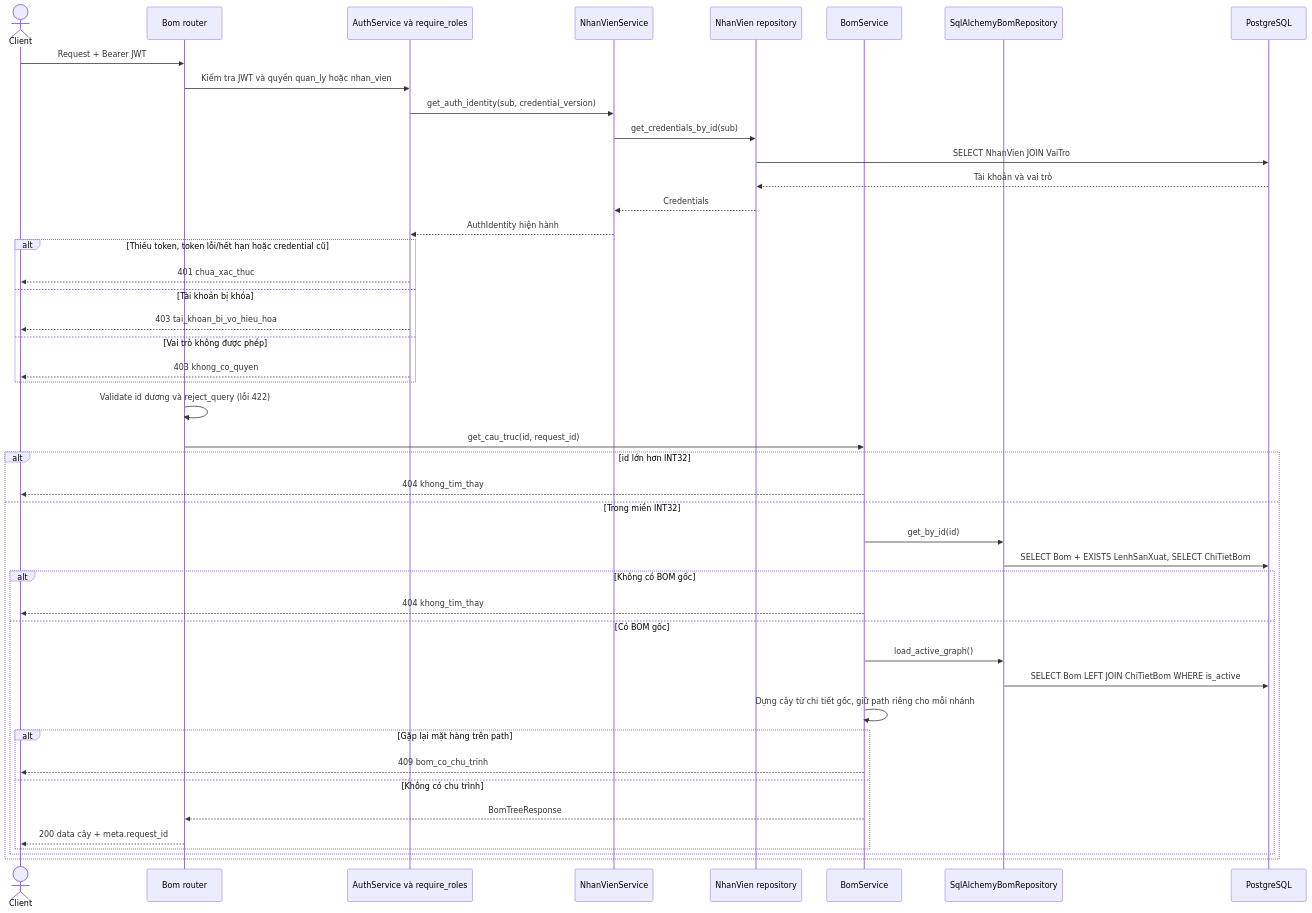
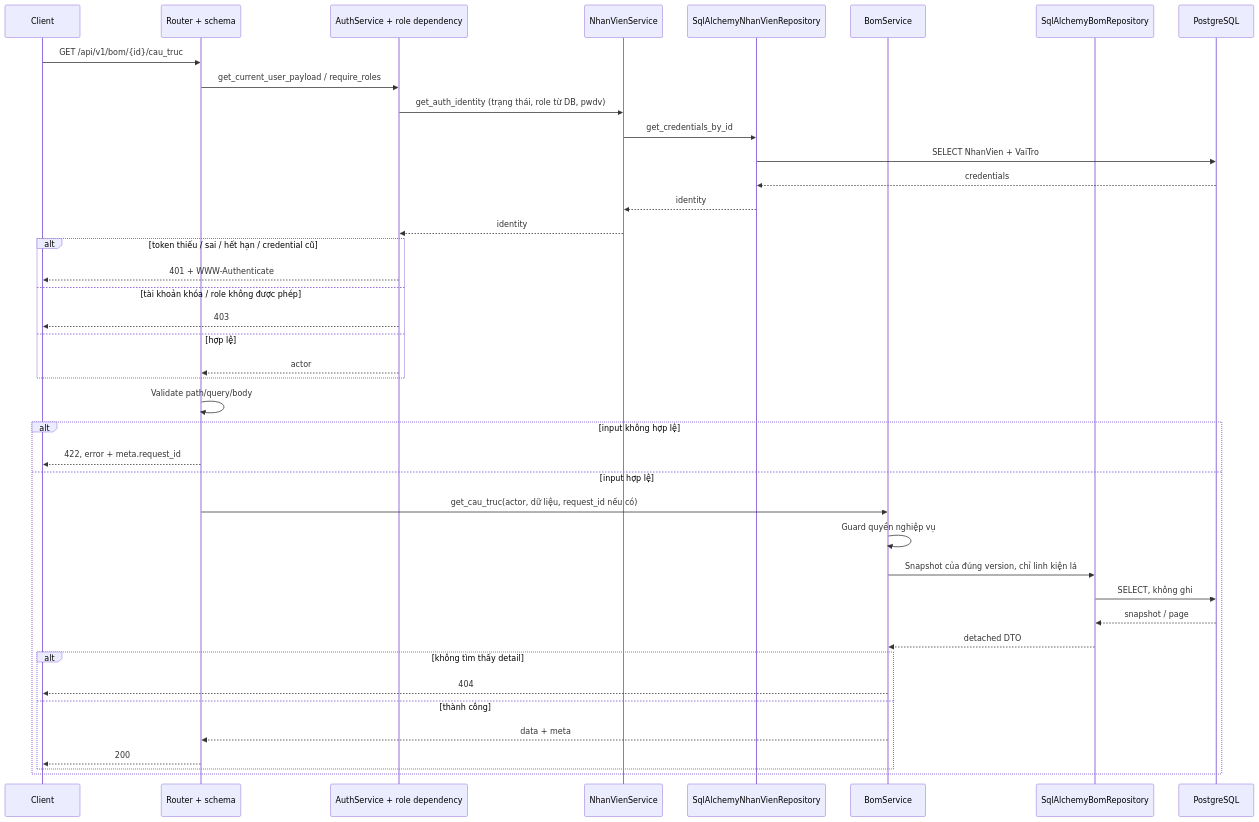
Before and after one commit to thanhklt/xbike-mrp-system: the third of 6 diagrams in docs/sequence/bom.md, drawn with Mermaid. The commit also changed other lines of this file and 41 other files, not shown here.

Commit message:
feat(bom)!: implement UC-15 to UC-19 for data model v4

````diff
--- a/docs/sequence/bom.md
+++ b/docs/sequence/bom.md
@@ -110,47 +111,43 @@
 ```mermaid
 sequenceDiagram
-    actor C as Client
-    participant R as Bom router
-    participant A as AuthService và require_roles
+    participant C as Client
+    participant R as Router + schema
+    participant A as AuthService + role dependency
     participant N as NhanVienService
-    participant NR as NhanVien repository
+    participant NR as SqlAlchemyNhanVienRepository
     participant S as BomService
     participant B as SqlAlchemyBomRepository
-    participant P as PostgreSQL
-    C->>R: Request + Bearer JWT
-    R->>A: Kiểm tra JWT và quyền quan_ly hoặc nhan_vien
-    A->>N: get_auth_identity(sub, credential_version)
-    N->>NR: get_credentials_by_id(sub)
-    NR->>P: SELECT NhanVien JOIN VaiTro
-    P-->>NR: Tài khoản và vai trò
-    NR-->>N: Credentials
-    N-->>A: AuthIdentity hiện hành
-    alt Thiếu token, token lỗi/hết hạn hoặc credential cũ
-        A-->>C: 401 chua_xac_thuc
-    else Tài khoản bị khóa
-        A-->>C: 403 tai_khoan_bi_vo_hieu_hoa
-    else Vai trò không được phép
-        A-->>C: 403 khong_co_quyen
+    participant DB as PostgreSQL
+    C->>R: GET /api/v1/bom/{id}/cau_truc
+    R->>A: get_current_user_payload / require_roles
+    A->>N: get_auth_identity (trạng thái, role từ DB, pwdv)
+    N->>NR: get_credentials_by_id
+    NR->>DB: SELECT NhanVien + VaiTro
+    DB-->>NR: credentials
+    NR-->>N: identity
+    N-->>A: identity
+    alt token thiếu / sai / hết hạn / credential cũ
+        A-->>C: 401 + WWW-Authenticate
+    else tài khoản khóa / role không được phép
+        A-->>C: 403
+    else hợp lệ
+        A-->>R: actor
     end
-    R->>R: Validate id dương và reject_query (lỗi 422)
-    R->>S: get_cau_truc(id, request_id)
-    alt id lớn hơn INT32
-        S-->>C: 404 khong_tim_thay
-    else Trong miền INT32
-        S->>B: get_by_id(id)
-        B->>P: SELECT Bom + EXISTS LenhSanXuat, SELECT ChiTietBom
-        alt Không có BOM gốc
-            S-->>C: 404 khong_tim_thay
-        else Có BOM gốc
-            S->>B: load_active_graph()
-            B->>P: SELECT Bom LEFT JOIN ChiTietBom WHERE is_active
-            S->>S: Dựng cây từ chi tiết gốc, giữ path riêng cho mỗi nhánh
-            alt Gặp lại mặt hàng trên path
-                S-->>C: 409 bom_co_chu_trinh
-            else Không có chu trình
-                S-->>R: BomTreeResponse
-                R-->>C: 200 data cây + meta.request_id
-            end
+    R->>R: Validate path/query/body
+    alt input không hợp lệ
+        R-->>C: 422, error + meta.request_id
+    else input hợp lệ
+        R->>S: get_cau_truc(actor, dữ liệu, request_id nếu có)
+        S->>S: Guard quyền nghiệp vụ
+        S->>B: Snapshot của đúng version, chỉ linh kiện lá
+        B->>DB: SELECT, không ghi
+        DB-->>B: snapshot / page
+        B-->>S: detached DTO
+        alt không tìm thấy detail
+            S-->>C: 404
+        else thành công
+            S-->>R: data + meta
+            R-->>C: 200
         end
     end
 ```
````
